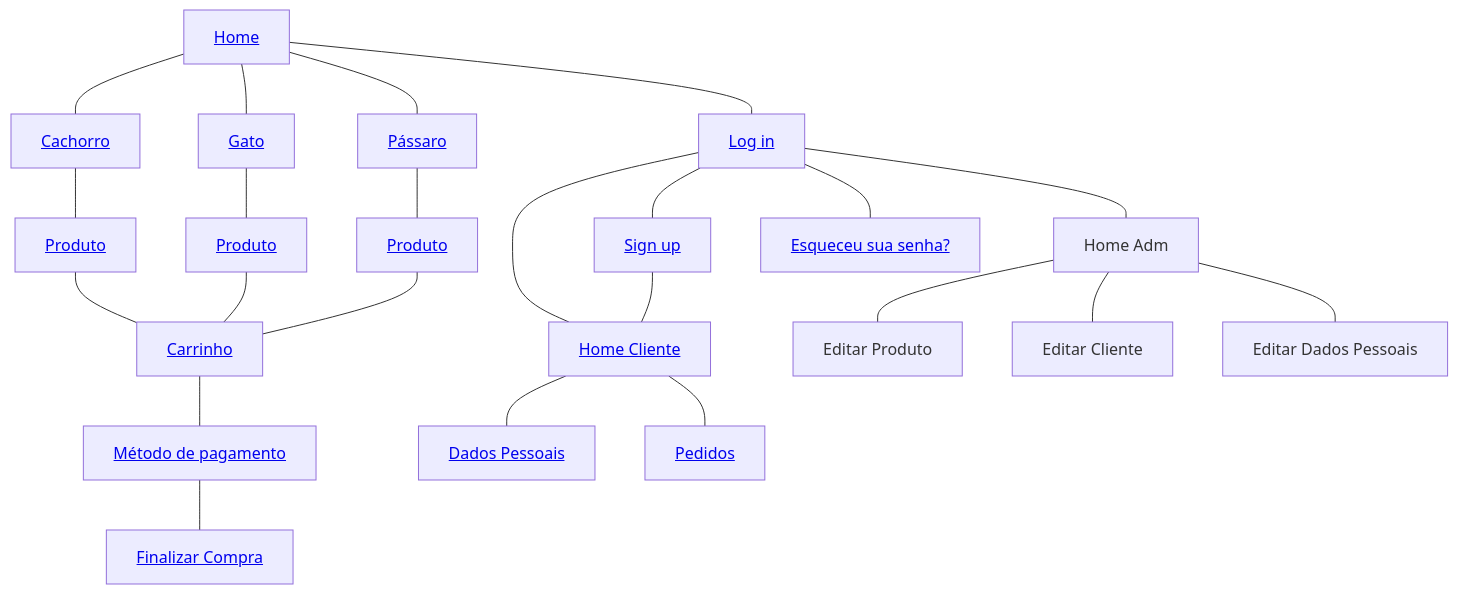
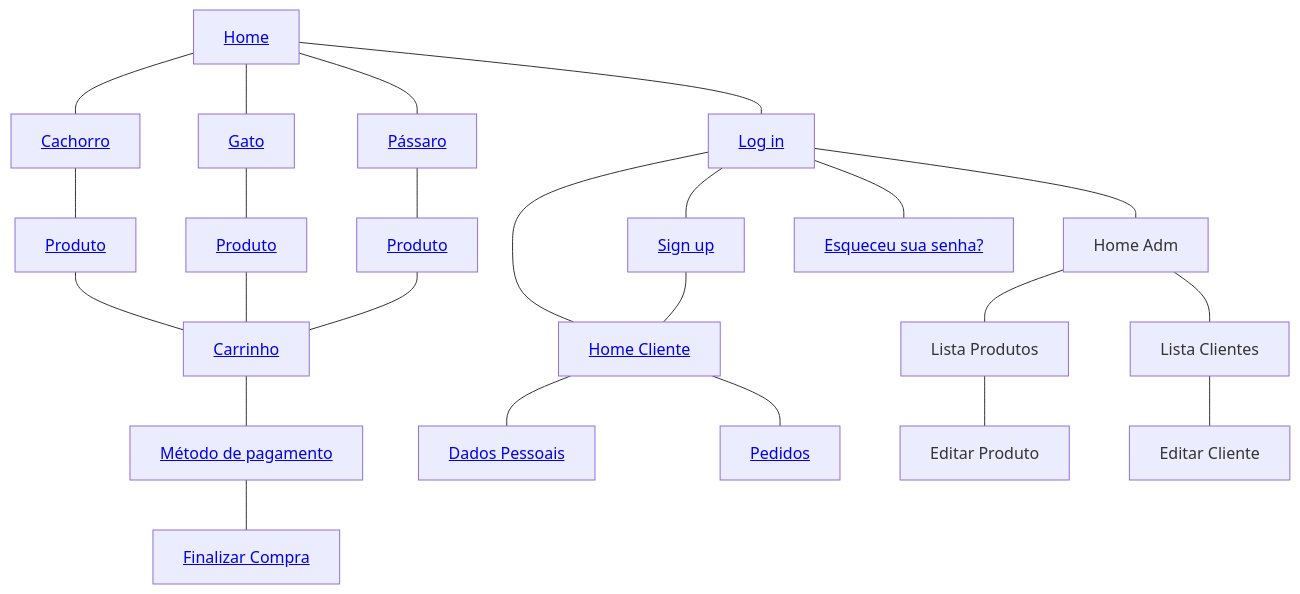
The diagram in README.md (viniciussm07/pet-shop), drawn with Mermaid before and after one commit.

````diff
--- a/README.md
+++ b/README.md
@@ -23,32 +23,34 @@
 ```mermaid
   graph TD;
       Home[<a href='https://raw.githubusercontent.com/viniciussm07/pet-shop/main/mockups/mockupHome.png'>Home</a>]---Cachorro[<a href='https://raw.githubusercontent.com/viniciussm07/pet-shop/main/mockups/mockupSecaoCachorro.png'>Cachorro</a>];
       Cachorro---produto1[<a href='https://raw.githubusercontent.com/viniciussm07/pet-shop/main/mockups/mockupProdutoCachorro.png'>Produto</a>];
       
       Home---Gato[<a href='https://raw.githubusercontent.com/viniciussm07/pet-shop/main/mockups/mockupSecaoGato.png'>Gato</a>];
       Gato---produto2[<a href='https://raw.githubusercontent.com/viniciussm07/pet-shop/main/mockups/mockupProdutoGato.png'>Produto</a>];
       
       Home---Pássaro[<a href='https://raw.githubusercontent.com/viniciussm07/pet-shop/main/mockups/mockupSecaoPassaro.png'>Pássaro</a>];
       Pássaro---produto3[<a href='https://github.com/viniciussm07/pet-shop/blob/main/mockups/mockupProdutoPassaro.png?raw=true'>Produto</a>];
       
       Home---login[<a href='https://raw.githubusercontent.com/viniciussm07/pet-shop/main/mockups/mockupLogin.png'>Log in</a>];
       login---homeCliente[<a href='https://github.com/viniciussm07/pet-shop/blob/main/mockups/mockupHomeClient.png?raw=true'>Home Cliente</a>]
       login---register[<a href='https://raw.githubusercontent.com/viniciussm07/pet-shop/main/mockups/mockupSignUp.png'>Sign up</a>]
       login---esqueciASenha[<a href='https://raw.githubusercontent.com/viniciussm07/pet-shop/main/mockups/mockupRecuperacaoSenha.png'>Esqueceu sua senha?</a>];
       login---homeAdm[Home Adm]
       
-      homeAdm---editarProduto[Editar Produto]
-      homeAdm---editarCliente[Editar Cliente]
-      homeAdm---editarDados[Editar Dados Pessoais]
+      homeAdm---listaProdutos[Lista Produtos]
+      listaProdutos---editarProduto[Editar Produto]
+      homeAdm---listaClientes[Lista Clientes]
+      listaClientes---editarCliente[Editar Cliente]
+      
       
       register---homeCliente
       homeCliente---dadosPessoais[<a href='https://raw.githubusercontent.com/viniciussm07/pet-shop/main/mockups/mockupMeusDados.png'>Dados Pessoais</a>]
       homeCliente---Pedidos[<a href='https://raw.githubusercontent.com/viniciussm07/pet-shop/main/mockups/mockupMeusPedidos.png'>Pedidos</a>]
       
       produto1---carrinho[<a href='https://raw.githubusercontent.com/viniciussm07/pet-shop/main/mockups/mockupCarrinhoDeCompras.png'>Carrinho</a>]
       produto2---carrinho
       produto3---carrinho
       
       carrinho---metodoDePagamento[<a href='https://raw.githubusercontent.com/viniciussm07/pet-shop/main/mockups/mockupPagamento.png'>Método de pagamento</a>]
       metodoDePagamento---finalizarCompra[<a href='https://github.com/viniciussm07/pet-shop/blob/main/mockups/mockupFinalizarCompra.png?raw=true'>Finalizar Compra </a>]
 ```
````
